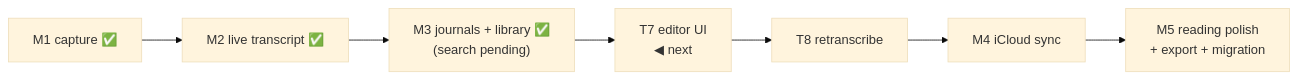
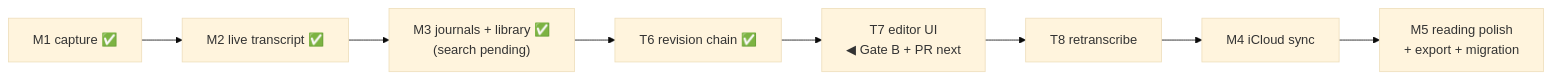
One commit to nicolovejoy/raconte changed the third of 3 diagrams in docs/overview.md. Above: the diagram before and after it, drawn with Mermaid (base theme). The commit also changed other lines of this file and 2 other files, not shown here.

````diff
--- a/docs/overview.md
+++ b/docs/overview.md
@@ -187,4 +217,4 @@
 ```mermaid
 flowchart LR
-    M1["M1 capture ✅"] --> M2["M2 live transcript ✅"] --> M3["M3 journals + library ✅\n(search pending)"] --> T7["T7 editor UI\n◀ next"] --> T8["T8 retranscribe"] --> M4["M4 iCloud sync"] --> M5["M5 reading polish\n+ export + migration"]
+    M1["M1 capture ✅"] --> M2["M2 live transcript ✅"] --> M3["M3 journals + library ✅\n(search pending)"] --> T6["T6 revision chain ✅"] --> T7["T7 editor UI\n◀ Gate B + PR next"] --> T8["T8 retranscribe"] --> M4["M4 iCloud sync"] --> M5["M5 reading polish\n+ export + migration"]
 ```
````
